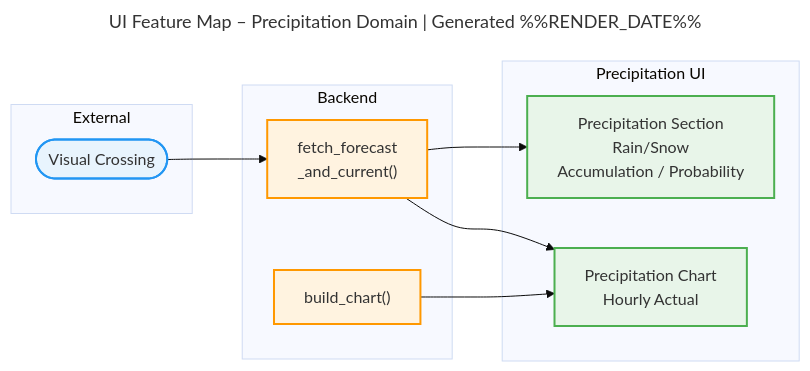
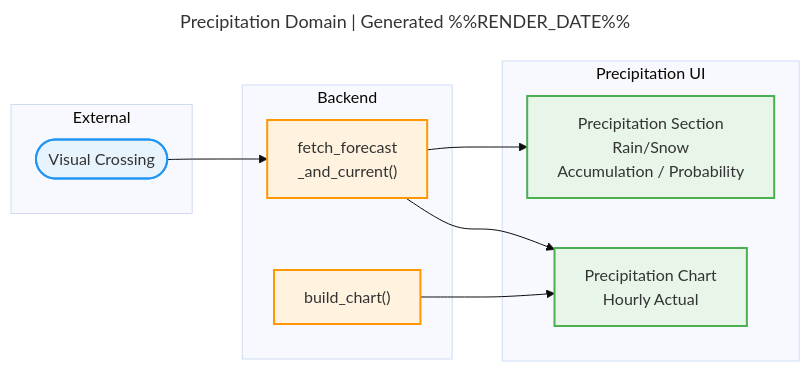
Before and after one commit to RobinWikoff/the-farm-monitor: the fourth of 7 diagrams in docs/c4/c4-ui-feature-map.md, drawn with Mermaid (base theme). The commit also changed other lines of this file and 30 other files, not shown here.

First line of the commit message:
Add diagram standards: DM Sans font, two-line header, A4 sizing

````diff
--- a/docs/c4/c4-ui-feature-map.md
+++ b/docs/c4/c4-ui-feature-map.md
@@ -168,32 +168,32 @@
 ```mermaid
 ---
-title: UI Feature Map – Precipitation Domain | Generated %%RENDER_DATE%%
+title: "Precipitation Domain | Generated %%RENDER_DATE%%"
 ---
 flowchart LR
     subgraph EXT["External"]
         vc_api(["Visual Crossing"])
     end
 
     subgraph BE["Backend"]
         vc_fetch["fetch_forecast\n_and_current()"]
         viz["build_chart()"]
     end
 
     subgraph UI["Precipitation UI"]
         precip_section["Precipitation Section\nRain/Snow\nAccumulation / Probability"]
         precip_chart["Precipitation Chart\nHourly Actual"]
     end
 
     vc_api --> vc_fetch
     vc_fetch --> precip_section
     vc_fetch --> precip_chart
     viz --> precip_chart
 
     classDef external fill:#e8f4fd,stroke:#2196F3,stroke-width:2px
     classDef backend fill:#fff3e0,stroke:#FF9800,stroke-width:2px
     classDef ui fill:#e8f5e9,stroke:#4CAF50,stroke-width:2px
 
     class vc_api external
     class vc_fetch,viz backend
     class precip_section,precip_chart ui
 ```
````
